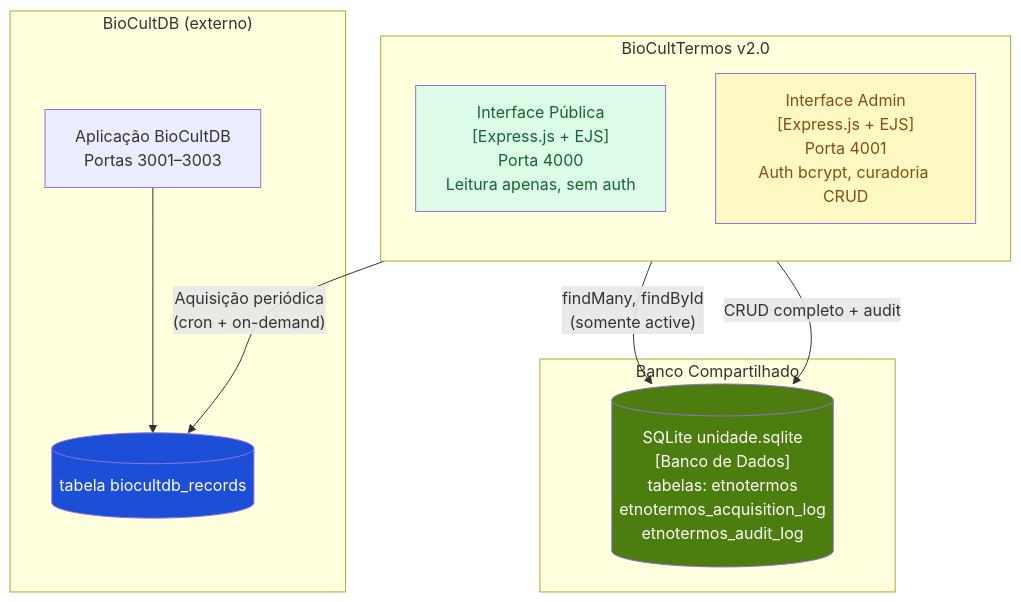
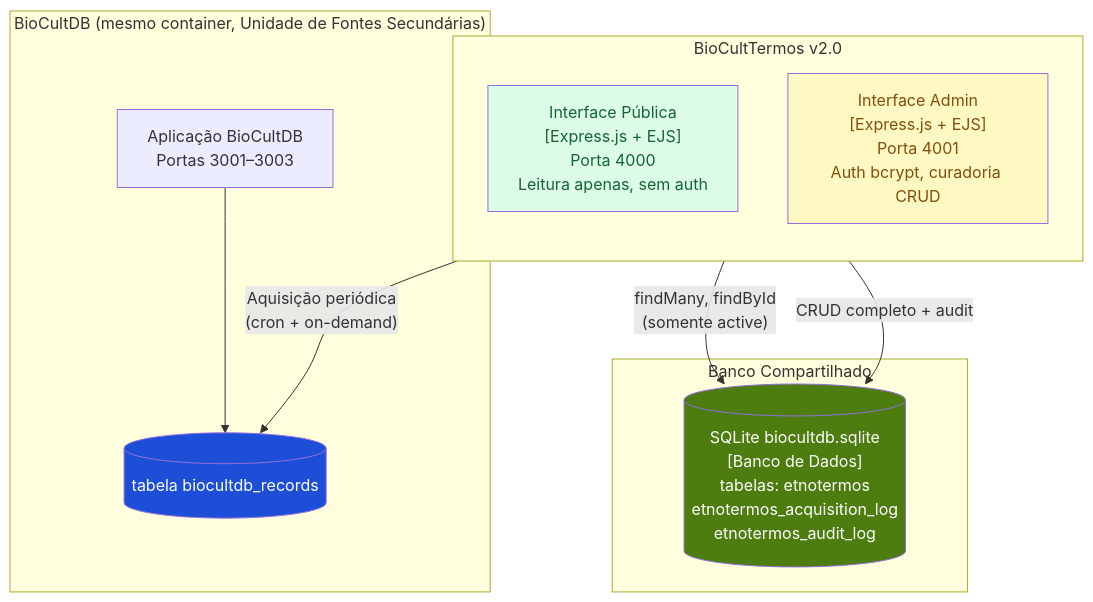
One commit to edalcin/etnotermos changed the second of 6 diagrams in README.md. Above: the diagram before and after it, drawn with Mermaid. The commit also changed other lines of this file, not shown here.

First line of the commit message:
docs: reflect production integration in BioCultDB unit (not standalone)

````diff
--- a/README.md
+++ b/README.md
@@ -158,27 +166,27 @@
 ```mermaid
 graph TD
     subgraph BioCultTermos["BioCultTermos v2.0"]
         direction TB
         PUB["Interface Pública\n[Express.js + EJS]\nPorta 4000\nLeitura apenas, sem auth"]
         ADM["Interface Admin\n[Express.js + EJS]\nPorta 4001\nAuth bcrypt, curadoria CRUD"]
     end
 
     subgraph Shared["Banco Compartilhado"]
-        SDB[("SQLite unidade.sqlite\n[Banco de Dados]\ntabelas: etnotermos\netnotermos_acquisition_log\netnotermos_audit_log")]
+        SDB[("SQLite biocultdb.sqlite\n[Banco de Dados]\ntabelas: etnotermos\netnotermos_acquisition_log\netnotermos_audit_log")]
     end
 
-    subgraph BioCultDB["BioCultDB (externo)"]
+    subgraph BioCultDB["BioCultDB (mesmo container, Unidade de Fontes Secundárias)"]
         EDBAPP["Aplicação BioCultDB\nPortas 3001–3003"]
         EDBTBL[("tabela biocultdb_records")]
     end
 
     PUB -->|"findMany, findById\n(somente active)"| SDB
     ADM -->|"CRUD completo + audit"| SDB
     ADM -->|"Aquisição periódica\n(cron + on-demand)"| EDBTBL
     EDBAPP --> EDBTBL
 
     style PUB fill:#dcfce7,color:#166534
     style ADM fill:#fef9c3,color:#854d0e
     style SDB fill:#4d7c0f,color:#fff
     style EDBTBL fill:#1d4ed8,color:#fff
 ```
````
